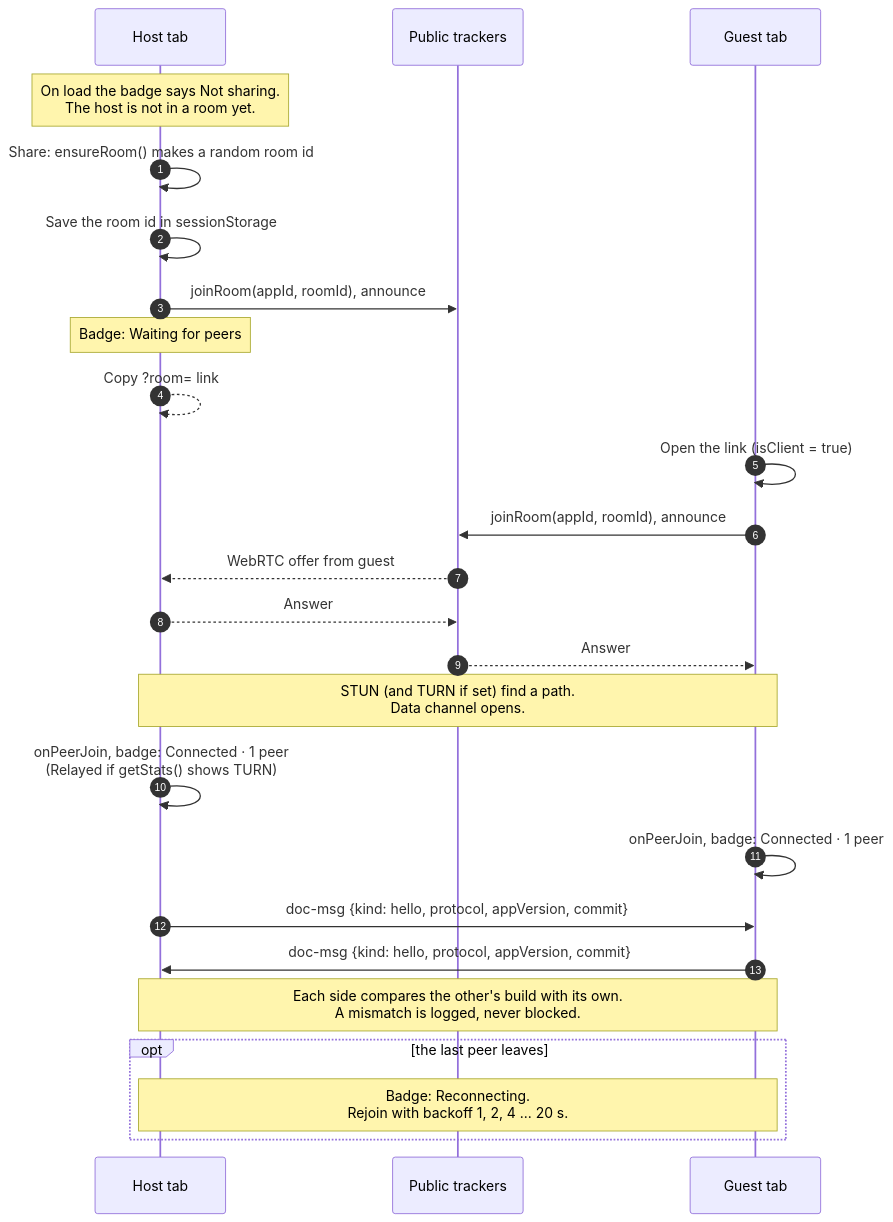
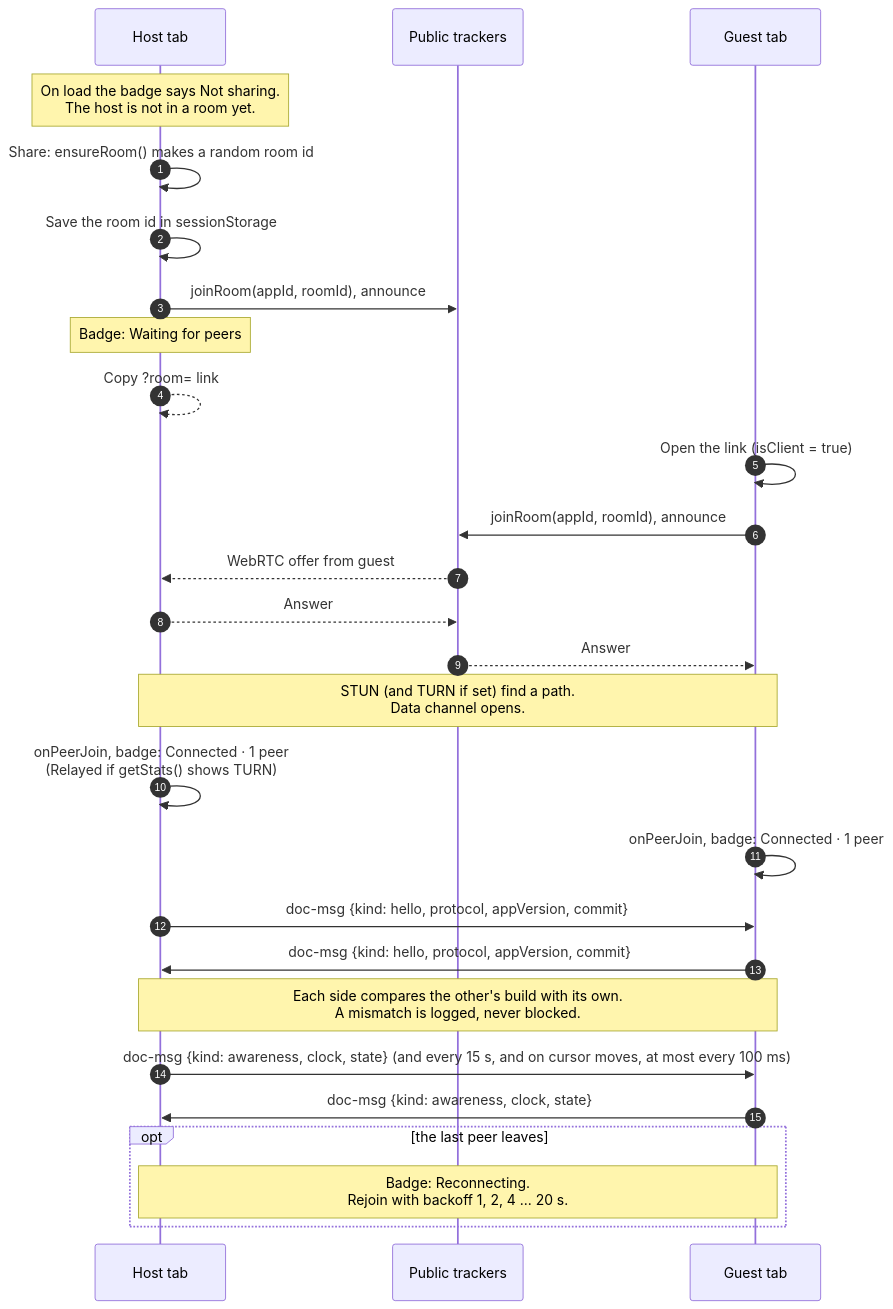
One commit to PrestonHager/LaTeXCollaborativeEditor changed the first of 4 diagrams in docs/protocol.md. Above: the diagram before and after it, drawn with Mermaid. The commit also changed other lines of this file and 30 other files, not shown here.

````diff
--- a/docs/protocol.md
+++ b/docs/protocol.md
@@ -130,28 +162,30 @@
 ```mermaid
 sequenceDiagram
     autonumber
     participant H as Host tab
     participant T as Public trackers
     participant G as Guest tab
 
     Note over H: On load the badge says Not sharing.<br/>The host is not in a room yet.
     H->>H: Share: ensureRoom() makes a random room id
     H->>H: Save the room id in sessionStorage
     H->>T: joinRoom(appId, roomId), announce
     Note over H: Badge: Waiting for peers
     H-->>H: Copy ?room= link
     G->>G: Open the link (isClient = true)
     G->>T: joinRoom(appId, roomId), announce
     T-->>H: WebRTC offer from guest
     H-->>T: Answer
     T-->>G: Answer
     Note over H,G: STUN (and TURN if set) find a path.<br/>Data channel opens.
     H->>H: onPeerJoin, badge: Connected · 1 peer<br/>(Relayed if getStats() shows TURN)
     G->>G: onPeerJoin, badge: Connected · 1 peer
     H->>G: doc-msg {kind: hello, protocol, appVersion, commit}
     G->>H: doc-msg {kind: hello, protocol, appVersion, commit}
     Note over H,G: Each side compares the other's build with its own.<br/>A mismatch is logged, never blocked.
+    H->>G: doc-msg {kind: awareness, clock, state} (and every 15 s, and on cursor moves, at most every 100 ms)
+    G->>H: doc-msg {kind: awareness, clock, state}
     opt the last peer leaves
         Note over H,G: Badge: Reconnecting.<br/>Rejoin with backoff 1, 2, 4 ... 20 s.
     end
 ```
````
